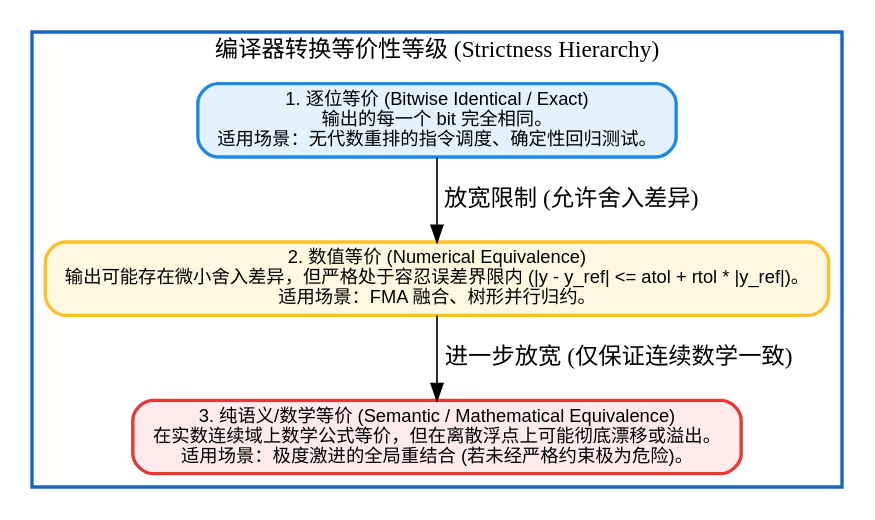
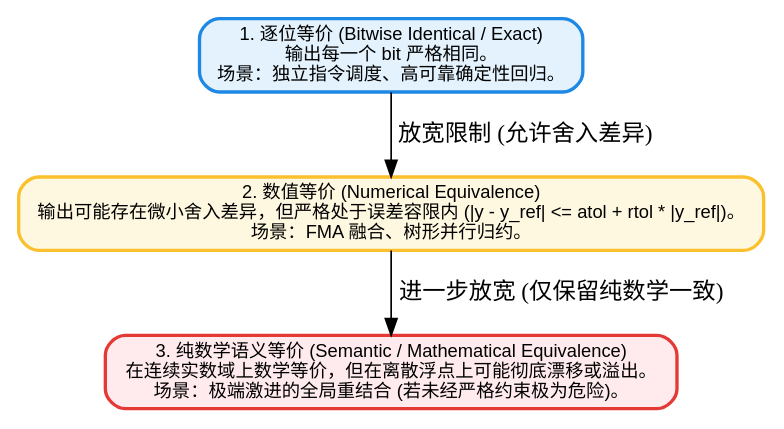
Before and after one commit to hqu-little-boy/blog: the seventh of 16 diagrams in src/content/posts/compiler-instruction-scheduling-and-numerical-semantics-contract-guide.md, drawn with Graphviz. The commit also changed other lines of this file, not shown here.

Commit message:
feat: expand compiler scheduling guide to cover 6 heterogeneous accelerator architectures (GPU/VLIW/DSP/Systolic/CGRA/RVV)

````diff
--- a/src/content/posts/compiler-instruction-scheduling-and-numerical-semantics-contract-guide.md
+++ b/src/content/posts/compiler-instruction-scheduling-and-numerical-semantics-contract-guide.md
@@ -428,20 +402,13 @@
 ```graphviz
 digraph EquivalenceClasses {
     rankdir=TB;
     node [fontname="Helvetica,Arial,sans-serif", fontsize=11, shape=rect, style="rounded,filled"];
 
-    subgraph cluster_eq {
-        label = "编译器转换等价性等级 (Strictness Hierarchy)";
-        style = solid;
-        color = "#1565c0";
-        penwidth = 2;
+    l1 [label="1. 逐位等价 (Bitwise Identical / Exact)\n输出每一个 bit 严格相同。\n场景：独立指令调度、高可靠确定性回归。", fillcolor="#e3f2fd", color="#1e88e5", penwidth=2];
+    l2 [label="2. 数值等价 (Numerical Equivalence)\n输出可能存在微小舍入差异，但严格处于误差容限内 (|y - y_ref| <= atol + rtol * |y_ref|)。\n场景：FMA 融合、树形并行归约。", fillcolor="#fff8e1", color="#fbc02d", penwidth=2];
+    l3 [label="3. 纯数学语义等价 (Semantic / Mathematical Equivalence)\n在连续实数域上数学等价，但在离散浮点上可能彻底漂移或溢出。\n场景：极端激进的全局重结合 (若未经严格约束极为危险)。", fillcolor="#ffebee", color="#e53935", penwidth=2];
 
-        l1 [label="1. 逐位等价 (Bitwise Identical / Exact)\n输出的每一个 bit 完全相同。\n适用场景：无代数重排的指令调度、确定性回归测试。", fillcolor="#e3f2fd", color="#1e88e5", penwidth=2];
-        l2 [label="2. 数值等价 (Numerical Equivalence)\n输出可能存在微小舍入差异，但严格处于容忍误差界限内 (|y - y_ref| <= atol + rtol * |y_ref|)。\n适用场景：FMA 融合、树形并行归约。", fillcolor="#fff8e1", color="#fbc02d", penwidth=2];
-        l3 [label="3. 纯语义/数学等价 (Semantic / Mathematical Equivalence)\n在实数连续域上数学公式等价，但在离散浮点上可能彻底漂移或溢出。\n适用场景：极度激进的全局重结合 (若未经严格约束极为危险)。", fillcolor="#ffebee", color="#e53935", penwidth=2];
-
-        l1 -> l2 [label=" 放宽限制 (允许舍入差异)"];
-        l2 -> l3 [label=" 进一步放宽 (仅保证连续数学一致)"];
-    }
+    l1 -> l2 [label=" 放宽限制 (允许舍入差异)"];
+    l2 -> l3 [label=" 进一步放宽 (仅保留纯数学一致)"];
 }
 ```
````
